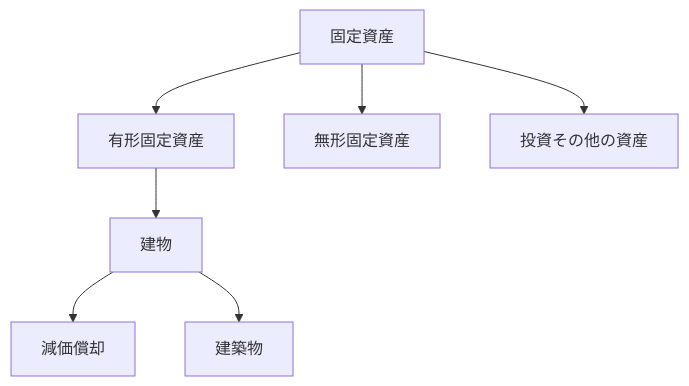
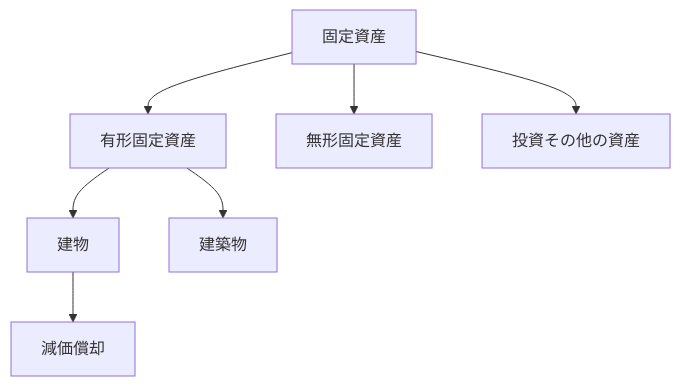
One commit to bebetakumi/mermaid changed the diagram in 固定資産/固定資産の分類.md. Above: the diagram before and after it, drawn with Mermaid.

````diff
--- a/固定資産/固定資産の分類.md
+++ b/固定資産/固定資産の分類.md
@@ -1,7 +1,8 @@
 ```mermaid
 graph TD
 
-固定資産 --> 有形固定資産 --> 建物 --> 減価償却 & 建築物
+固定資産 --> 有形固定資産 --> 建物 & 建築物
 固定資産 --> 無形固定資産
 固定資産 --> 投資その他の資産
+建物 --> 減価償却
 ```
````
